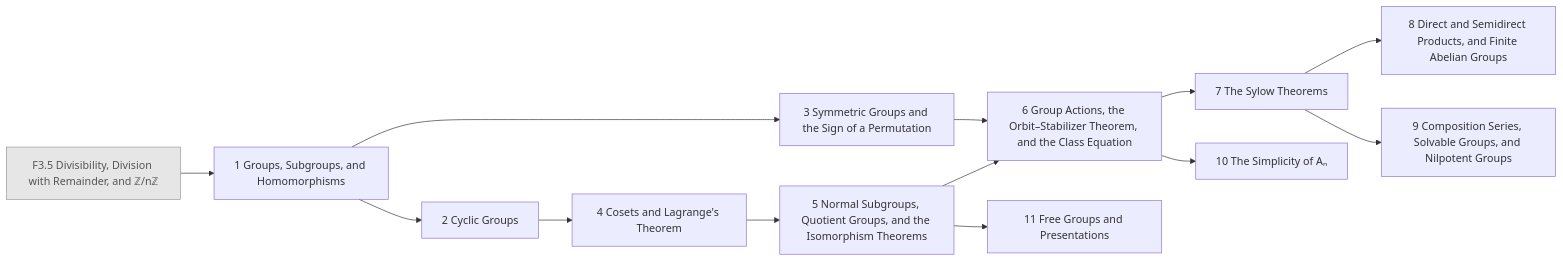
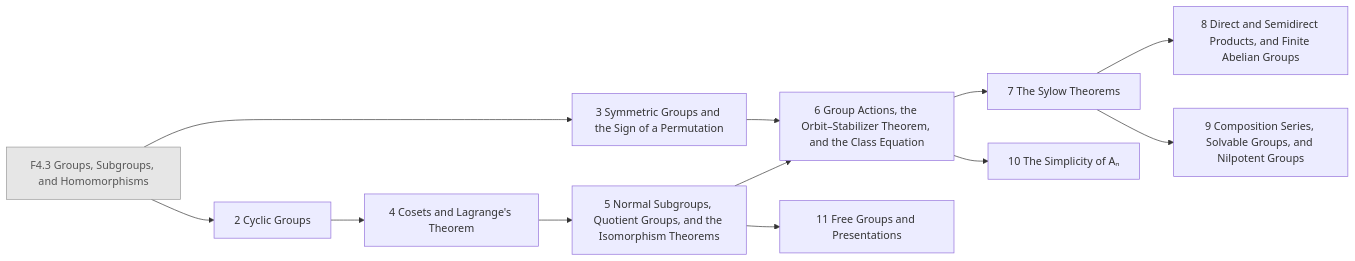
The diagram in generated/chapters/AL1.mmd (AkizumiFox/math-atlas), drawn with Mermaid before and after one commit. The commit also changed 24 other files, not shown here.

First line of the commit message:
Series and volumes: one volume per book; Foundations ends with R built from Cauchy sequences

```diff
--- a/generated/chapters/AL1.mmd
+++ b/generated/chapters/AL1.mmd
@@ -1,28 +1,26 @@
 flowchart LR
-  F3_5["F3.5 Divisibility, Division with Remainder, and ℤ/nℤ"]:::ext
-  AL1_1["1 Groups, Subgroups, and Homomorphisms"]
+  F4_3["F4.3 Groups, Subgroups, and Homomorphisms"]:::ext
   AL1_2["2 Cyclic Groups"]
   AL1_3["3 Symmetric Groups and the Sign of a Permutation"]
   AL1_4["4 Cosets and Lagrange's Theorem"]
   AL1_5["5 Normal Subgroups, Quotient Groups, and the Isomorphism Theorems"]
   AL1_6["6 Group Actions, the Orbit–Stabilizer Theorem, and the Class Equation"]
   AL1_7["7 The Sylow Theorems"]
   AL1_8["8 Direct and Semidirect Products, and Finite Abelian Groups"]
   AL1_9["9 Composition Series, Solvable Groups, and Nilpotent Groups"]
   AL1_10["10 The Simplicity of Aₙ"]
   AL1_11["11 Free Groups and Presentations"]
-  F3_5 --> AL1_1
-  AL1_1 --> AL1_2
-  AL1_1 --> AL1_3
+  F4_3 --> AL1_2
+  F4_3 --> AL1_3
   AL1_2 --> AL1_4
   AL1_4 --> AL1_5
   AL1_3 --> AL1_6
   AL1_5 --> AL1_6
   AL1_6 --> AL1_7
   AL1_7 --> AL1_8
   AL1_7 --> AL1_9
   AL1_6 --> AL1_10
   AL1_5 --> AL1_11
   classDef ext fill:#e6e6e6,stroke:#999,color:#555
   classDef opt fill:#fff,stroke:#999,stroke-dasharray:4 3,color:#555
   classDef segb fill:#f6f6fb,stroke:#99a,color:#333
```
